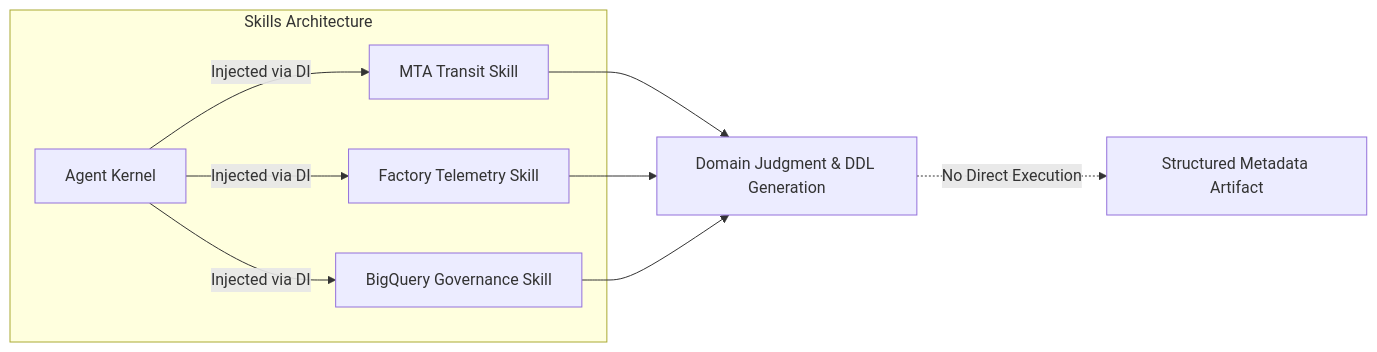
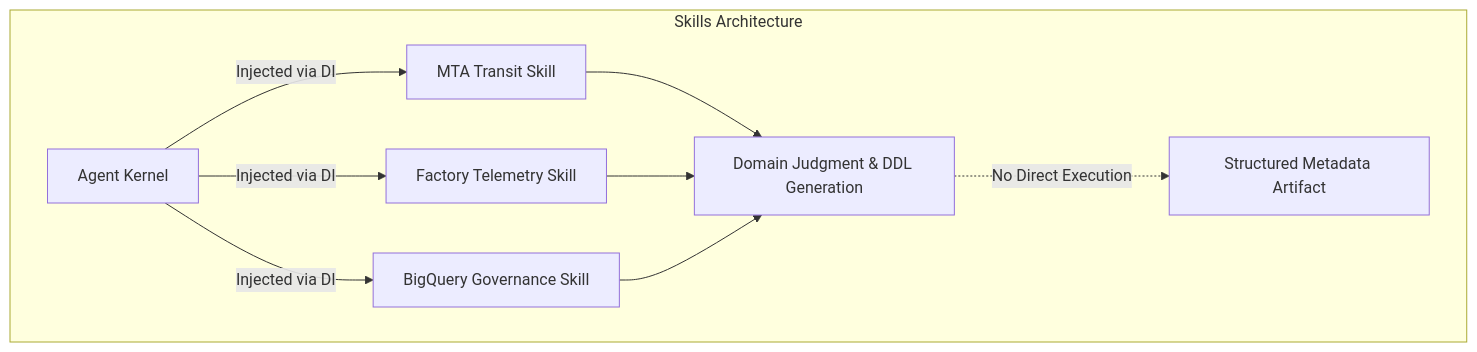
The second of 4 diagrams in _posts/2026/2026-09-30-beyond-the-persona-master-skills-and-commands.md (ozkary/ozkary.github.io), drawn with Mermaid before and after one commit. The commit also changed other lines of this file and 4 other files, not shown here.

````diff
--- a/_posts/2026/2026-09-30-beyond-the-persona-master-skills-and-commands.md
+++ b/_posts/2026/2026-09-30-beyond-the-persona-master-skills-and-commands.md
@@ -107,10 +108,11 @@
 ```mermaid
-graph LR
+graph TD
     subgraph Skills Architecture
-        A[Agent Kernel] -->|Injected via DI| B[MTA Transit Skill]
+        A[Agent Kernel]
+        A -->|Injected via DI| B[MTA Transit Skill]
         A -->|Injected via DI| C[Factory Telemetry Skill]
         A -->|Injected via DI| D[BigQuery Governance Skill]
+        B & C & D --> E[Domain Judgment & DDL Generation]
+        E -.->|No Direct Execution| F[Structured Metadata Artifact]
     end
-    B & C & D --> E[Domain Judgment & DDL Generation]
-    E -.->|No Direct Execution| F[Structured Metadata Artifact]
 ```
````
